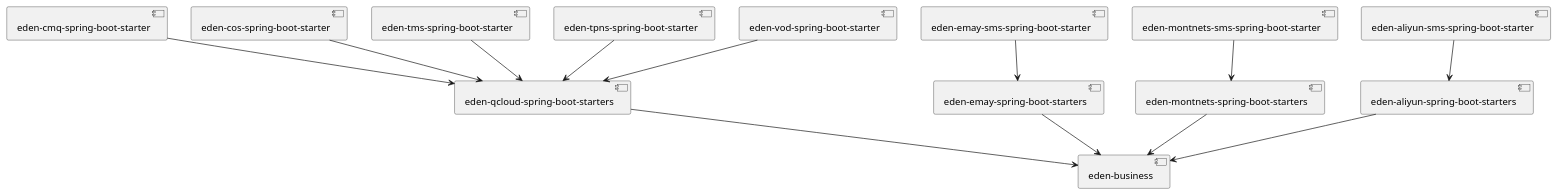
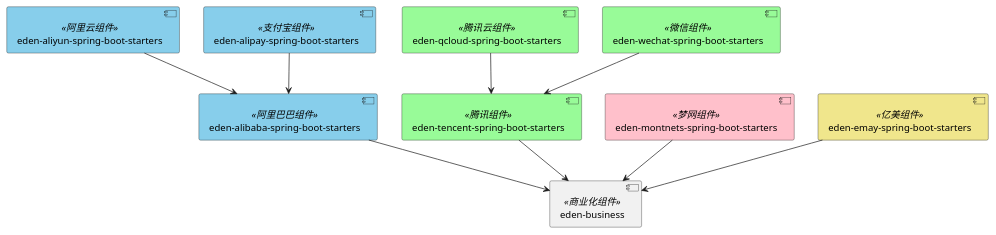
One commit to shiyindaxiaojie/eden-business changed the diagram in docs/uml/component.puml. Above: the diagram before and after it, drawn with PlantUML. The commit also changed 76 other files, not shown here.

```diff
--- a/docs/uml/component.puml
+++ b/docs/uml/component.puml
@@ -1,15 +1,38 @@
 @startuml
 
-[eden-aliyun-spring-boot-starters] --> [eden-business]
-[eden-aliyun-sms-spring-boot-starter] --> [eden-aliyun-spring-boot-starters]
-[eden-qcloud-spring-boot-starters] --> [eden-business]
-[eden-cmq-spring-boot-starter] --> [eden-qcloud-spring-boot-starters]
-[eden-cos-spring-boot-starter] --> [eden-qcloud-spring-boot-starters]
-[eden-tms-spring-boot-starter] --> [eden-qcloud-spring-boot-starters]
-[eden-tpns-spring-boot-starter] --> [eden-qcloud-spring-boot-starters]
-[eden-vod-spring-boot-starter] --> [eden-qcloud-spring-boot-starters]
+[eden-business] <<商业化组件>>
+[eden-alibaba-spring-boot-starters] <<阿里巴巴组件>>
+[eden-aliyun-spring-boot-starters] <<阿里云组件>>
+[eden-alipay-spring-boot-starters] <<支付宝组件>>
+[eden-tencent-spring-boot-starters] <<腾讯组件>>
+[eden-qcloud-spring-boot-starters] <<腾讯云组件>>
+[eden-wechat-spring-boot-starters] <<微信组件>>
+[eden-montnets-spring-boot-starters] <<梦网组件>>
+[eden-emay-spring-boot-starters] <<亿美组件>>
+
+[eden-alibaba-spring-boot-starters] --> [eden-business]
+[eden-aliyun-spring-boot-starters] --> [eden-alibaba-spring-boot-starters]
+[eden-alipay-spring-boot-starters] --> [eden-alibaba-spring-boot-starters]
+
+[eden-tencent-spring-boot-starters] --> [eden-business]
+[eden-qcloud-spring-boot-starters] --> [eden-tencent-spring-boot-starters]
+[eden-wechat-spring-boot-starters] --> [eden-tencent-spring-boot-starters]
+
+[eden-montnets-spring-boot-starters] --> [eden-business]
+
 [eden-emay-spring-boot-starters] --> [eden-business]
-[eden-emay-sms-spring-boot-starter] --> [eden-emay-spring-boot-starters]
-[eden-montnets-spring-boot-starters] --> [eden-business]
-[eden-montnets-sms-spring-boot-starter] --> [eden-montnets-spring-boot-starters]
+
+skinparam component {
+ 	backgroundColor<<阿里巴巴组件>> SkyBlue
+    backgroundColor<<阿里云组件>> SkyBlue
+    backgroundColor<<支付宝组件>> SkyBlue
+
+    backgroundColor<<腾讯组件>> PaleGreen
+    backgroundColor<<腾讯云组件>> PaleGreen
+    backgroundColor<<微信组件>> PaleGreen
+
+	backgroundColor<<梦网组件>> Pink
+
+	backgroundColor<<亿美组件>> Khaki
+}
 @enduml
```
